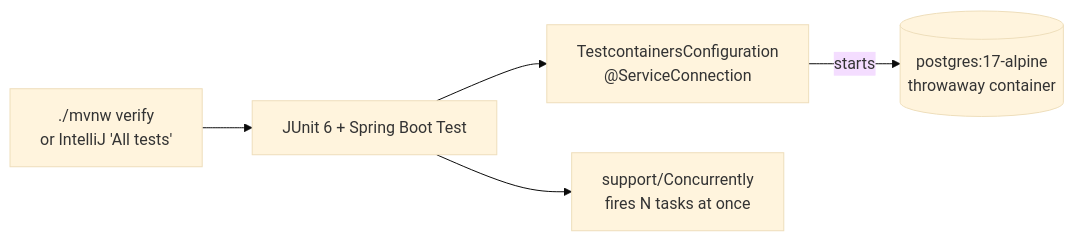
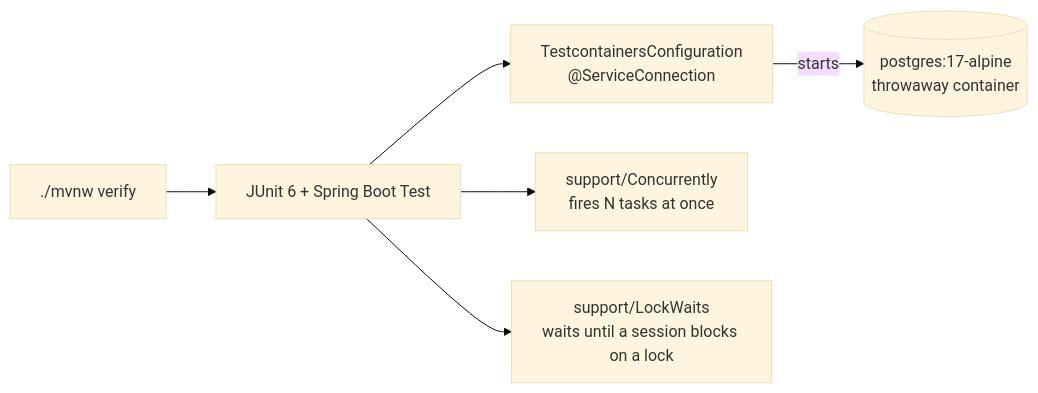
Before and after one commit to layducky/evidence_vault: the fifth of 5 diagrams in docs/ARCHITECTURE.md, drawn with Mermaid (base theme). The commit also changed other lines of this file and 60 other files, not shown here.

````diff
--- a/docs/ARCHITECTURE.md
+++ b/docs/ARCHITECTURE.md
@@ -169,7 +194,8 @@
 ```mermaid
 flowchart LR
-    MVN["./mvnw verify<br/>or IntelliJ 'All tests'"] --> JUNIT["JUnit 6 + Spring Boot Test"]
+    MVN["./mvnw verify"] --> JUNIT["JUnit 6 + Spring Boot Test"]
     JUNIT --> TCC["TestcontainersConfiguration<br/>@ServiceConnection"]
     TCC -- "starts" --> PG[("postgres:17-alpine<br/>throwaway container")]
     JUNIT --> CONC["support/Concurrently<br/>fires N tasks at once"]
+    JUNIT --> LW["support/LockWaits<br/>waits until a session blocks on a lock"]
 ```
````
